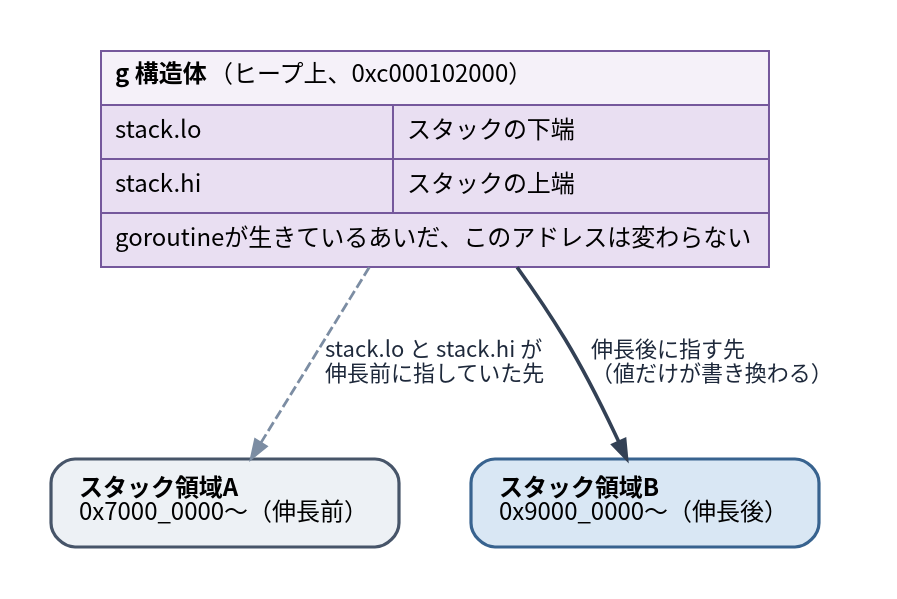
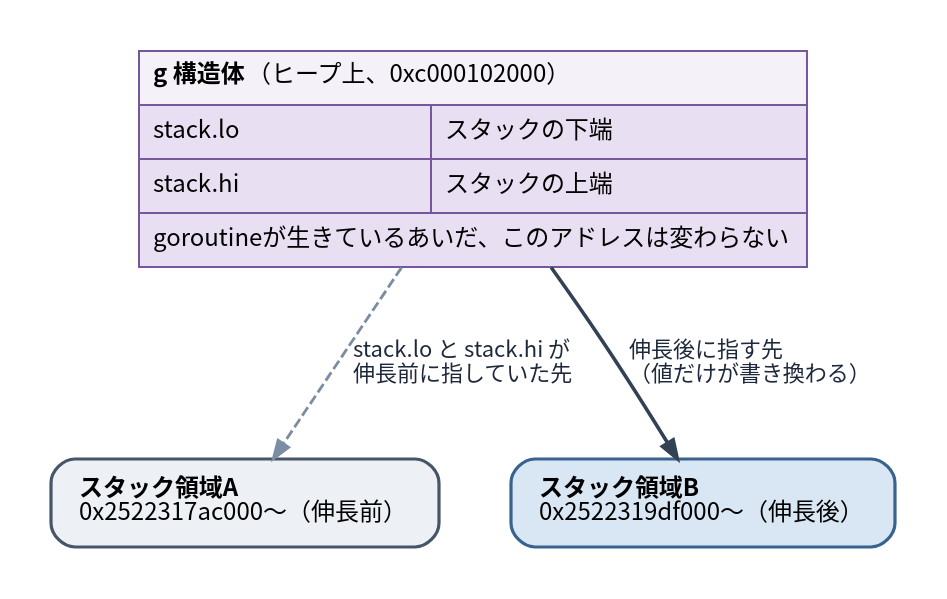
The diagram in diagrams/go-ebpf-primer/20260820-g-vs-stack.dot (ymotongpoo/zenn.dev), drawn with Graphviz before and after one commit. The commit also changed 74 other files, not shown here.

```diff
--- a/diagrams/go-ebpf-primer/20260820-g-vs-stack.dot
+++ b/diagrams/go-ebpf-primer/20260820-g-vs-stack.dot
@@ -1,35 +1,35 @@
 // 動かない g 構造体と、動くスタック
 digraph g_vs_stack {
   graph [
     fontname="Harano Aji Gothic,Noto Sans CJK JP,IPAGothic", fontsize=13,
     rankdir=TB, compound=true, splines=true,
     nodesep=0.5, ranksep=0.7, pad=0.25,
     bgcolor="white", newrank=true
   ];
   node [
     fontname="Harano Aji Gothic,Noto Sans CJK JP,IPAGothic", fontsize=12,
     shape=box, style="rounded,filled",
     fillcolor="#F1F5F9", color="#475569", penwidth=1.6,
     margin="0.2,0.14"
   ];
   edge [
     fontname="Harano Aji Gothic,Noto Sans CJK JP,IPAGothic", fontsize=11,
     color="#334155", penwidth=1.4, arrowsize=0.9,
     fontcolor="#1E293B"
   ];
   ranksep=1.0;
 
   g [shape=plain, style="", label=<
     <table border="0" cellborder="1" cellspacing="0" cellpadding="6" color="#75589C">
       <tr><td colspan="2" align="left" bgcolor="#F5F1F9"><b>g 構造体</b>（ヒープ上、0xc000102000）</td></tr>
       <tr><td align="left" bgcolor="#E9DFF2">stack.lo</td><td align="left" bgcolor="#E9DFF2">スタックの下端</td></tr>
       <tr><td align="left" bgcolor="#E9DFF2">stack.hi</td><td align="left" bgcolor="#E9DFF2">スタックの上端</td></tr>
       <tr><td colspan="2" align="left" bgcolor="#E9DFF2">goroutineが生きているあいだ、このアドレスは変わらない</td></tr>
     </table>>];
 
-  old [label=<<b>スタック領域A</b><br align="left"/>0x7000_0000〜（伸長前）<br align="left"/>>, fillcolor="#EDF1F5"];
-  new [label=<<b>スタック領域B</b><br align="left"/>0x9000_0000〜（伸長後）<br align="left"/>>, fillcolor="#D9E7F4", color="#38638F"];
+  old [label=<<b>スタック領域A</b><br align="left"/>0x2522317ac000〜（伸長前）<br align="left"/>>, fillcolor="#EDF1F5"];
+  new [label=<<b>スタック領域B</b><br align="left"/>0x2522319df000〜（伸長後）<br align="left"/>>, fillcolor="#D9E7F4", color="#38638F"];
 
   g -> old [label=" stack.lo と stack.hi が\l 伸長前に指していた先\l", style=dashed, color="#7C8DA3"];
   g -> new [label=" 伸長後に指す先\l （値だけが書き換わる）\l", penwidth=1.8];
 }
```
